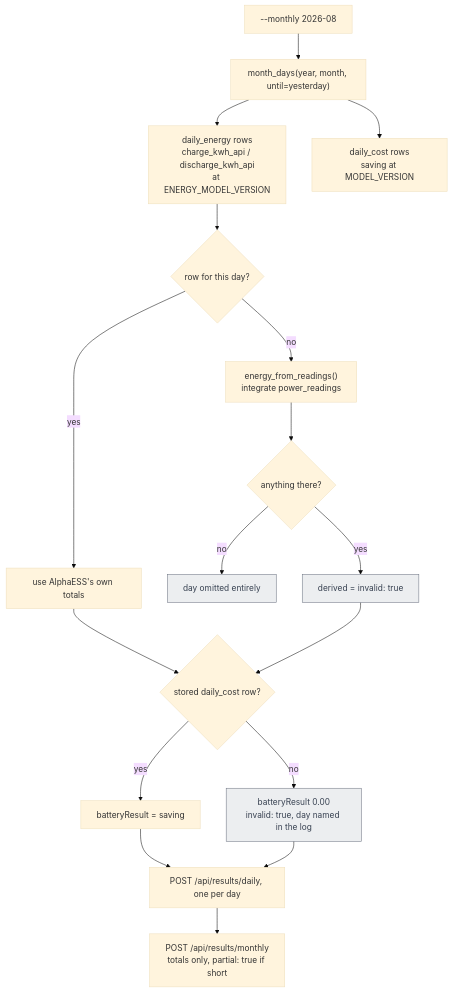
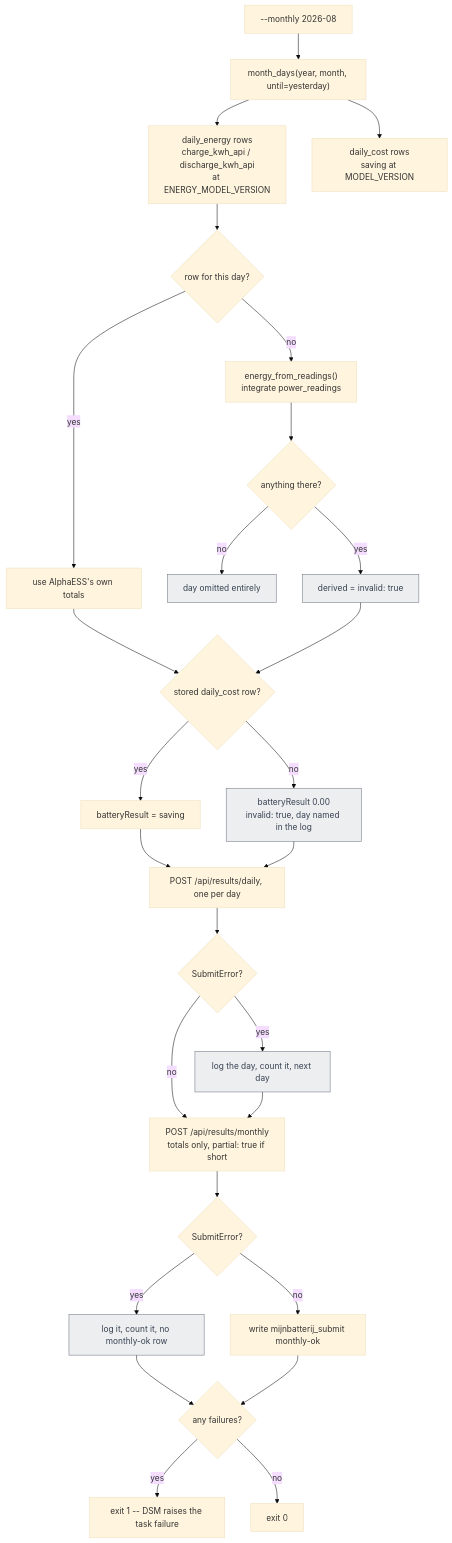
The second of 2 diagrams in docs/MIJNBATTERIJ-FLOW.md (sandeepthukral/alphaess-collector), drawn with Mermaid (base theme) before and after one commit. The commit also changed other lines of this file and 4 other files, not shown here.

First line of the commit message:
Skip a rejected day instead of abandoning the month

````diff
--- a/docs/MIJNBATTERIJ-FLOW.md
+++ b/docs/MIJNBATTERIJ-FLOW.md
@@ -226,22 +226,32 @@
 ```mermaid
 flowchart TD
     A["--monthly 2026-08"] --> B["month_days(year, month, until=yesterday)"]
     B --> C["daily_energy rows<br/>charge_kwh_api / discharge_kwh_api<br/>at ENERGY_MODEL_VERSION"]
     B --> D["daily_cost rows<br/>saving at MODEL_VERSION"]
     C --> E{row for this day?}
     E -- yes --> F["use AlphaESS's own totals"]
     E -- no --> G["energy_from_readings()<br/>integrate power_readings"]
     G --> H{anything there?}
     H -- no --> OMIT["day omitted entirely"]
     H -- yes --> F2["derived = invalid: true"]
     F --> I{stored daily_cost row?}
     F2 --> I
     I -- yes --> J["batteryResult = saving"]
     I -- no --> K["batteryResult 0.00<br/>invalid: true, day named in the log"]
     J --> L["POST /api/results/daily, one per day"]
     K --> L
-    L --> M["POST /api/results/monthly<br/>totals only, partial: true if short"]
+    L --> LF{"SubmitError?"}
+    LF -- yes --> LX["log the day, count it, next day"]
+    LF -- no --> M
+    LX --> M["POST /api/results/monthly<br/>totals only, partial: true if short"]
+    M --> MF{"SubmitError?"}
+    MF -- yes --> MX["log it, count it, no monthly-ok row"]
+    MF -- no --> MO["write mijnbatterij_submit monthly-ok"]
+    MX --> Z{"any failures?"}
+    MO --> Z
+    Z -- yes --> Z1["exit 1 -- DSM raises the task failure"]
+    Z -- no --> Z0["exit 0"]
 
     classDef skip fill:#eceef0,stroke:#6b7280,color:#374151;
-    class OMIT,K,F2 skip;
+    class OMIT,K,F2,LX,MX skip;
 ```
````
